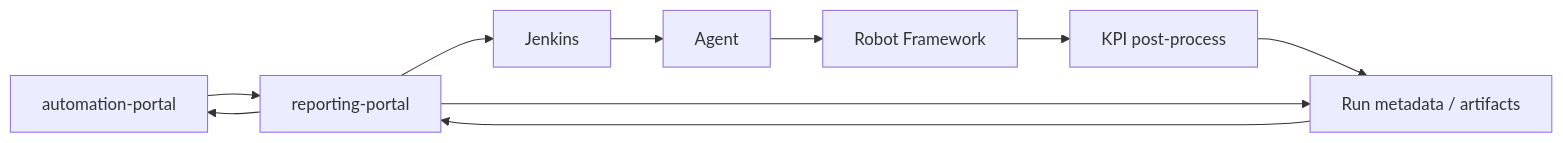
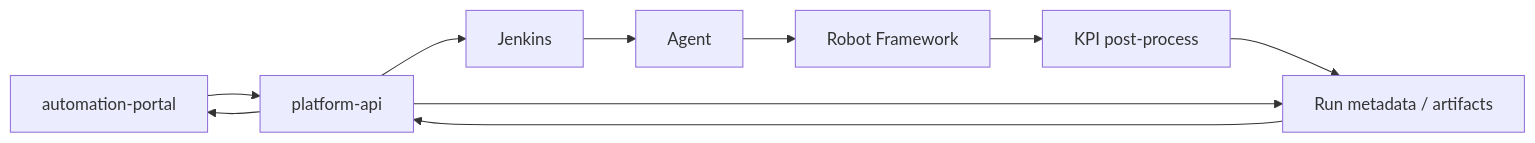
Before and after one commit to stella555359/jenkins_robotframework: the second of 4 diagrams in docs/jekins_lightweight.md, drawn with Mermaid. The commit also changed other lines of this file and 8 other files, not shown here.

Commit message:
rename reporting portal to flatform-api

````diff
--- a/docs/jekins_lightweight.md
+++ b/docs/jekins_lightweight.md
@@ -1600,20 +1600,20 @@
 ```mermaid
 flowchart LR
     FE["automation-portal"]
-    API["reporting-portal"]
+    API["platform-api"]
     J["Jenkins"]
     A["Agent"]
     R["Robot Framework"]
     K["KPI post-process"]
     DB["Run metadata / artifacts"]
 
     FE --> API
     API --> J
     J --> A
     A --> R
     R --> K
     K --> DB
     API --> DB
     DB --> API
     API --> FE
 ```
````
